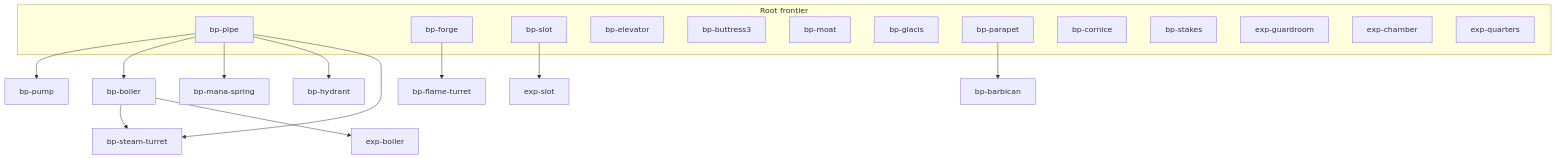
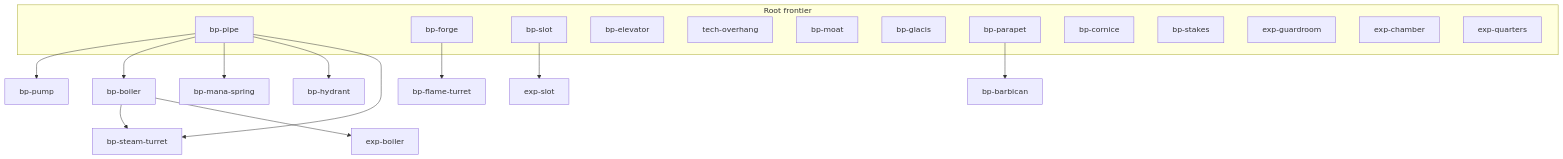
The second of 2 diagrams in docs/RESEARCH.md (katerberg/wizard-tower-builder), drawn with Mermaid before and after one commit. The commit also changed other lines of this file and 42 other files, not shown here.

````diff
--- a/docs/RESEARCH.md
+++ b/docs/RESEARCH.md
@@ -177,28 +177,28 @@
 ```mermaid
 flowchart TB
   subgraph roots [Root frontier]
     pipe[bp-pipe]
     forge[bp-forge]
     slot[bp-slot]
     elev[bp-elevator]
-    butt3[bp-buttress3]
+    overhang[tech-overhang]
     moat[bp-moat]
     glacis[bp-glacis]
     parapet[bp-parapet]
     cornice[bp-cornice]
     stakes[bp-stakes]
     expG[exp-guardroom]
     expC[exp-chamber]
     expQ[exp-quarters]
   end
   pipe --> pump[bp-pump]
   pipe --> boiler[bp-boiler]
   pipe --> spring[bp-mana-spring]
   pipe --> hydrant[bp-hydrant]
   boiler --> steam[bp-steam-turret]
   pipe --> steam
   forge --> flame[bp-flame-turret]
   slot --> expSlot[exp-slot]
   boiler --> expBoiler[exp-boiler]
   parapet --> barbican[bp-barbican]
 ```
````
